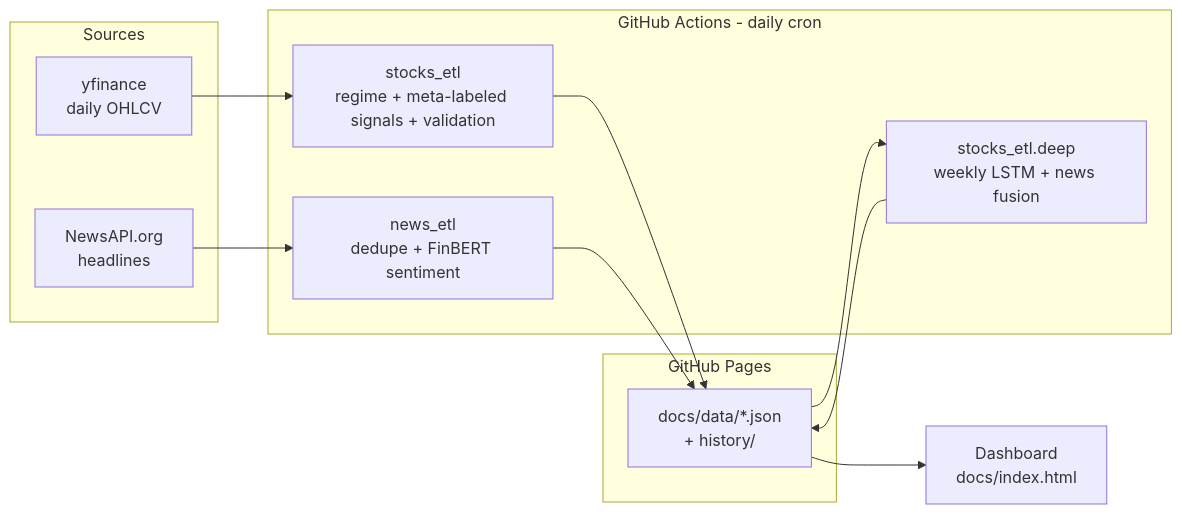
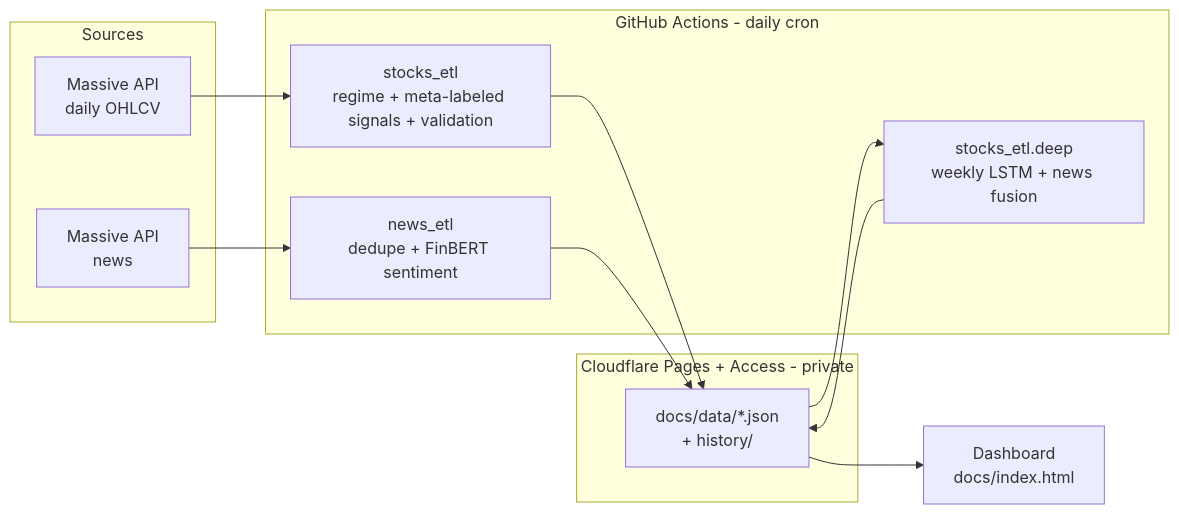
Before and after one commit to Pipe199x/StockSentinel: the diagram in README.md, drawn with Mermaid. The commit also changed other lines of this file and 27 other files, not shown here.

First line of the commit message:
data: Massive API as the only source for prices and news

````diff
--- a/README.md
+++ b/README.md
@@ -18,21 +18,21 @@
 ```mermaid
 flowchart LR
     subgraph Sources
-        YF[yfinance<br/>daily OHLCV]
-        NA[NewsAPI.org<br/>headlines]
+        YF[Massive API<br/>daily OHLCV]
+        NA[Massive API<br/>news]
     end
     subgraph GitHub Actions - daily cron
         SE[stocks_etl<br/>regime + meta-labeled signals + validation]
         DW[stocks_etl.deep<br/>weekly LSTM + news fusion]
         NE[news_etl<br/>dedupe + FinBERT sentiment]
     end
-    subgraph GitHub Pages
+    subgraph Cloudflare Pages + Access - private
         D[docs/data/*.json<br/>+ history/]
     end
     FE[Dashboard<br/>docs/index.html]
 
     YF --> SE --> D
     NA --> NE --> D
     D --> DW --> D
     D --> FE
 ```
````
